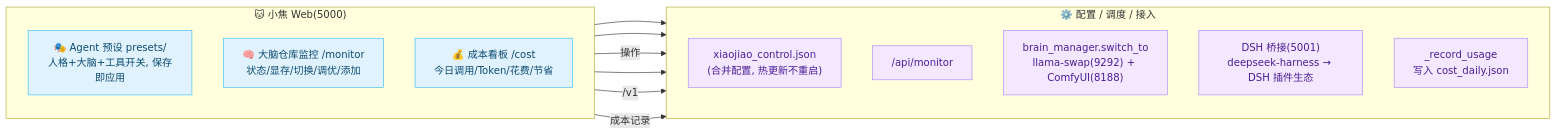
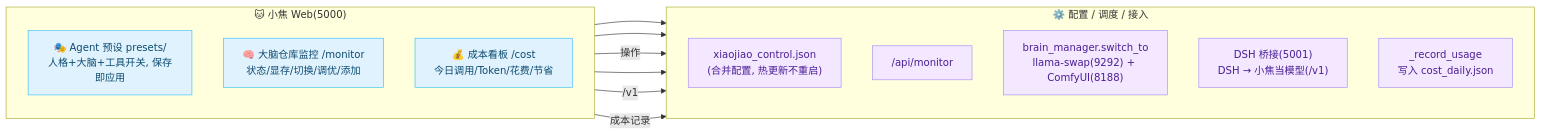
The second of 3 diagrams in docs/architecture.md (jiangchuangege/xiaojiao-harness), drawn with Mermaid before and after one commit. The commit also changed other lines of this file, not shown here.

Commit message:
docs: unify DSH compat wording across docs (xiaojiao independently supports DSH feature plugins)

````diff
--- a/docs/architecture.md
+++ b/docs/architecture.md
@@ -200,30 +200,30 @@
 ```mermaid
 flowchart LR
     subgraph XJ["🐱 小焦 Web(5000)"]
         direction TB
         P["🎭 Agent 预设 presets/<br/>人格+大脑+工具开关, 保存即应用"]
         M["🧠 大脑仓库监控 /monitor<br/>状态/显存/切换/调优/添加"]
         COST["💰 成本看板 /cost<br/>今日调用/Token/花费/节省"]
     end
 
     subgraph OP["⚙️ 配置 / 调度 / 接入"]
         direction TB
         C["xiaojiao_control.json<br/>(合并配置, 热更新不重启)"]
         A["/api/monitor"]
         B["brain_manager.switch_to<br/>llama-swap(9292) + ComfyUI(8188)"]
-        D["DSH 桥接(5001)<br/>deepseek-harness → DSH 插件生态"]
+        D["DSH 桥接(5001)<br/>DSH → 小焦当模型(/v1)"]
         J["_record_usage<br/>写入 cost_daily.json"]
     end
 
     P --> C
     M --> A
     M -->|操作| B
     XJ -->|/v1| D
     XJ -->|成本记录| J
     COST --> J
 
     classDef xj fill:#e0f2fe,stroke:#38bdf8,color:#0c4a6e;
     classDef op fill:#f3e8ff,stroke:#a78bfa,color:#4c1d95;
     class P,M,COST xj;
     class C,A,B,D,J op;
 ```
````
